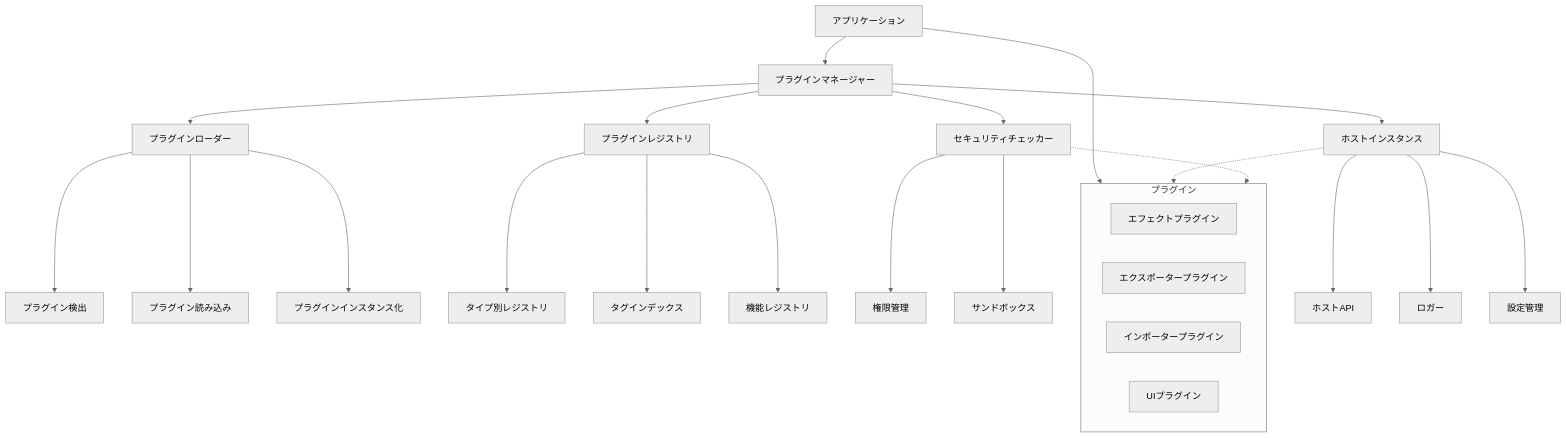
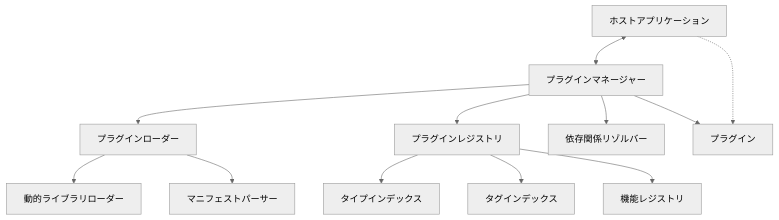
The first of 7 diagrams in docs-ja/00_技術ドキュメント/06_プラグインシステム/README.md (eda3/edv), drawn with Mermaid (neutral theme) before and after one commit. The commit also changed other lines of this file and 4 other files, not shown here.

````diff
--- a/docs-ja/00_技術ドキュメント/06_プラグインシステム/README.md
+++ b/docs-ja/00_技術ドキュメント/06_プラグインシステム/README.md
@@ -35,35 +40,17 @@
 ```mermaid
 graph TD
-    Application[アプリケーション] --> PluginManager[プラグインマネージャー]
+    PluginManager[プラグインマネージャー] --> PluginLoader[プラグインローダー]
+    PluginManager --> PluginRegistry[プラグインレジストリ]
+    PluginManager --> DependencyResolver[依存関係リゾルバー]
     
-    PluginManager --> Loader[プラグインローダー]
-    PluginManager --> Registry[プラグインレジストリ]
-    PluginManager --> Security[セキュリティチェッカー]
-    PluginManager --> Host[ホストインスタンス]
+    PluginLoader --> DynamicLibrary[動的ライブラリローダー]
+    PluginLoader --> ManifestParser[マニフェストパーサー]
     
-    Loader --> Discover[プラグイン検出]
-    Loader --> Load[プラグイン読み込み]
-    Loader --> Instantiate[プラグインインスタンス化]
+    PluginRegistry --> TypeIndex[タイプインデックス]
+    PluginRegistry --> TagIndex[タグインデックス]
+    PluginRegistry --> FeatureRegistry[機能レジストリ]
     
-    Registry --> TypeRegistry[タイプ別レジストリ]
-    Registry --> TagIndex[タグインデックス]
-    Registry --> FeatureRegistry[機能レジストリ]
-    
-    Security --> Permissions[権限管理]
-    Security --> Sandbox[サンドボックス]
-    
-    Host --> HostAPI[ホストAPI]
-    Host --> Logger[ロガー]
-    Host --> Settings[設定管理]
-    
-    subgraph Plugins [プラグイン]
-        EffectPlugin[エフェクトプラグイン]
-        ExporterPlugin[エクスポータープラグイン]
-        ImporterPlugin[インポータープラグイン]
-        UIPlugin[UIプラグイン]
-    end
-    
-    Application --> Plugins
-    Host -.-> Plugins
-    Security -.-> Plugins
+    Host[ホストアプリケーション] <--> PluginManager
+    Host -.-> Plugins[プラグイン]
+    PluginManager --> Plugins
 ```
````
